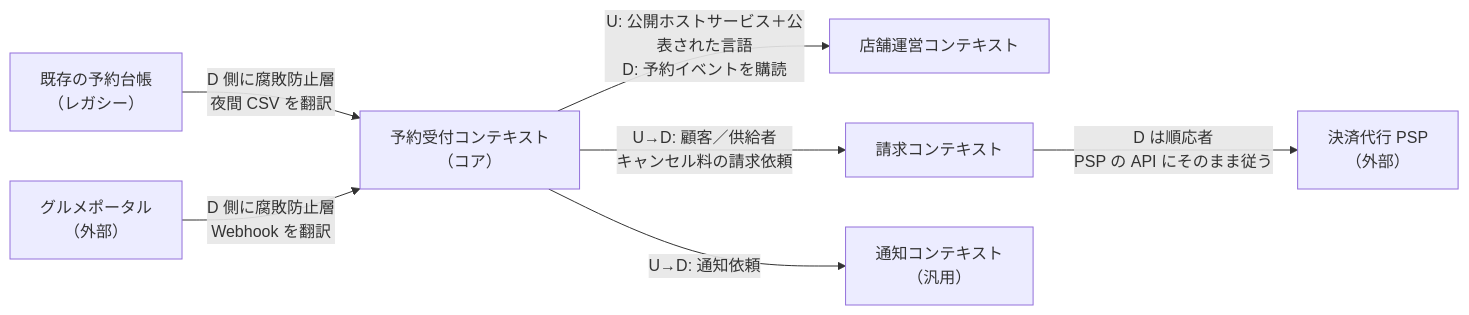
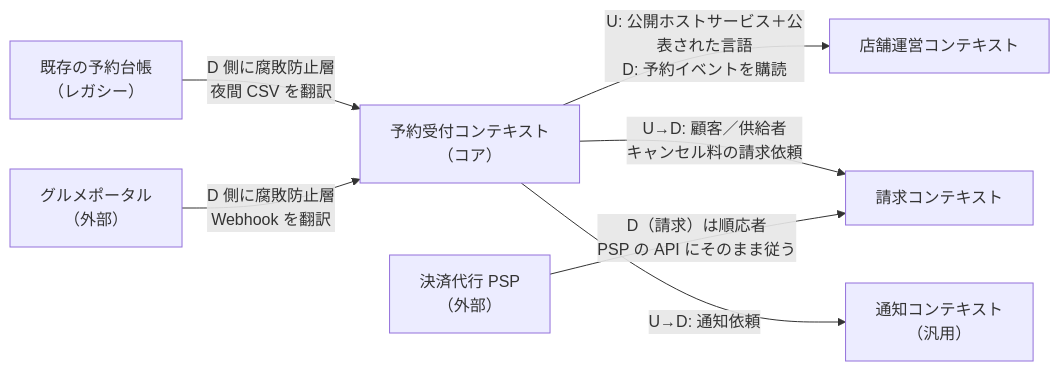
One commit to raku1chi/study-cs changed the first of 3 diagrams in 09-architecture/03-domain-driven-design/README.md. Above: the diagram before and after it, drawn with Mermaid. The commit also changed other lines of this file and 26 other files, not shown here.

````diff
--- a/09-architecture/03-domain-driven-design/README.md
+++ b/09-architecture/03-domain-driven-design/README.md
@@ -100,16 +100,16 @@
 ```mermaid
 flowchart LR
   booking["予約受付コンテキスト<br>（コア）"]
   store["店舗運営コンテキスト"]
   billing["請求コンテキスト"]
   notify["通知コンテキスト<br>（汎用）"]
   psp["決済代行 PSP<br>（外部）"]
   legacy["既存の予約台帳<br>（レガシー）"]
   portal["グルメポータル<br>（外部）"]
   booking -->|"U: 公開ホストサービス＋公表された言語<br>D: 予約イベントを購読"| store
   booking -->|"U→D: 顧客／供給者<br>キャンセル料の請求依頼"| billing
-  billing -->|"D は順応者<br>PSP の API にそのまま従う"| psp
+  psp -->|"D（請求）は順応者<br>PSP の API にそのまま従う"| billing
   booking -->|"U→D: 通知依頼"| notify
   legacy -->|"D 側に腐敗防止層<br>夜間 CSV を翻訳"| booking
   portal -->|"D 側に腐敗防止層<br>Webhook を翻訳"| booking
 ```
````
